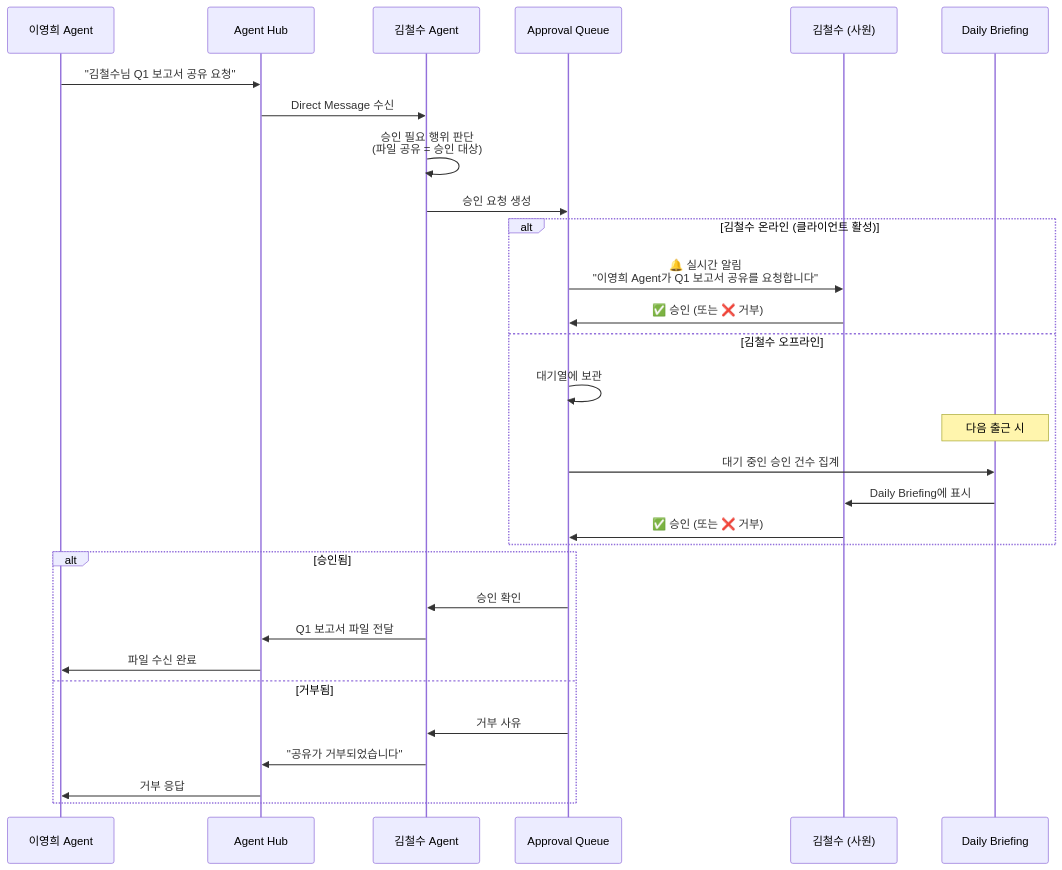
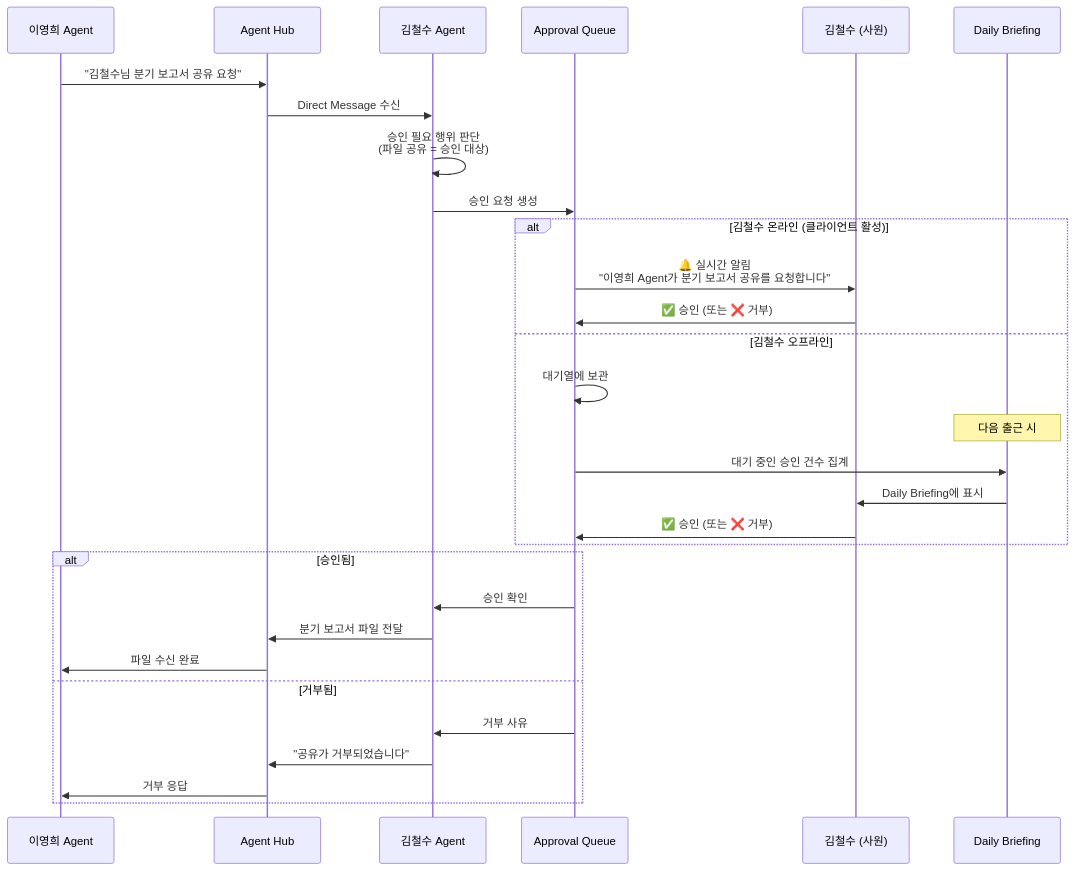
Diagram 26 of 45 in docs/architecture/architecture.md (lvis-project/lvis-app), drawn with Mermaid before and after one commit. The commit also changed other lines of this file and 228 other files, not shown here.

````diff
--- a/docs/architecture/architecture.md
+++ b/docs/architecture/architecture.md
@@ -2071,36 +2277,36 @@
 ```mermaid
 sequenceDiagram
     participant AgentB as 이영희 Agent
     participant Hub as Agent Hub
     participant AgentA as 김철수 Agent
     participant Approval as Approval Queue
     participant UserA as 김철수 (사원)
     participant Briefing as Daily Briefing
 
-    AgentB->>Hub: "김철수님 Q1 보고서 공유 요청"
+    AgentB->>Hub: "김철수님 분기 보고서 공유 요청"
     Hub->>AgentA: Direct Message 수신
 
     AgentA->>AgentA: 승인 필요 행위 판단<br/>(파일 공유 = 승인 대상)
     AgentA->>Approval: 승인 요청 생성
 
     alt 김철수 온라인 (클라이언트 활성)
-        Approval->>UserA: 🔔 실시간 알림<br/>"이영희 Agent가 Q1 보고서 공유를 요청합니다"
+        Approval->>UserA: 🔔 실시간 알림<br/>"이영희 Agent가 분기 보고서 공유를 요청합니다"
         UserA->>Approval: ✅ 승인 (또는 ❌ 거부)
     else 김철수 오프라인
         Approval->>Approval: 대기열에 보관
         Note over Briefing: 다음 출근 시
         Approval->>Briefing: 대기 중인 승인 건수 집계
         Briefing->>UserA: Daily Briefing에 표시
         UserA->>Approval: ✅ 승인 (또는 ❌ 거부)
     end
 
     alt 승인됨
         Approval->>AgentA: 승인 확인
-        AgentA->>Hub: Q1 보고서 파일 전달
+        AgentA->>Hub: 분기 보고서 파일 전달
         Hub->>AgentB: 파일 수신 완료
     else 거부됨
         Approval->>AgentA: 거부 사유
         AgentA->>Hub: "공유가 거부되었습니다"
         Hub->>AgentB: 거부 응답
     end
 ```
````
